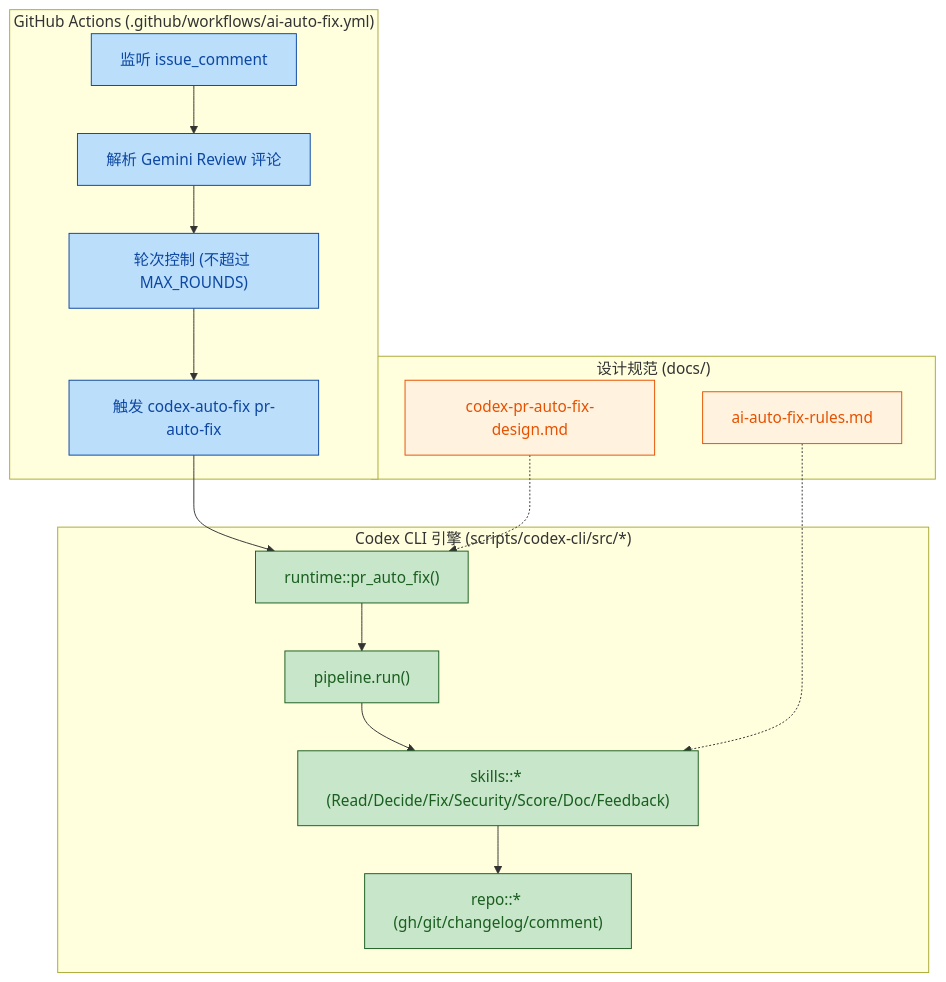
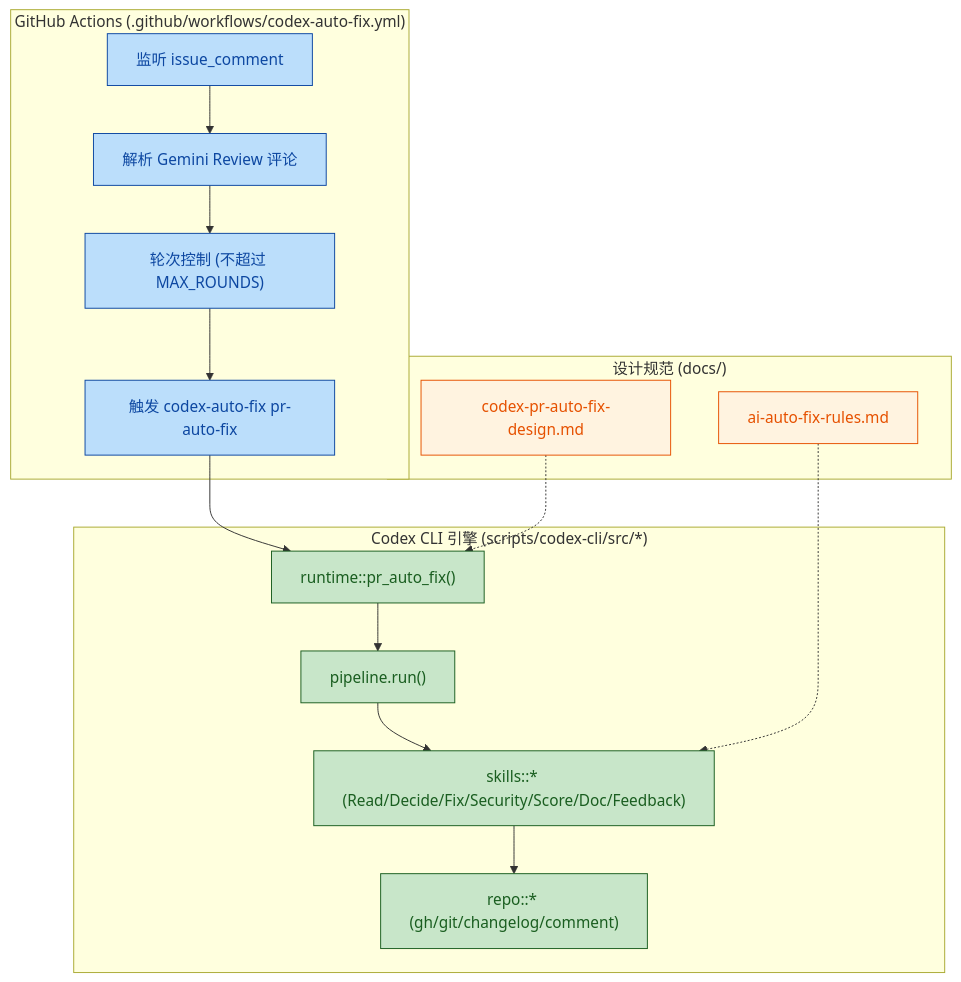
Before and after one commit to peanutDD/NexusVault: the diagram in docs/design-docs/auto-review.md, drawn with Mermaid. The commit also changed other lines of this file and 23 other files, not shown here.

Commit message:
fix: harden codex auto review loop

````diff
--- a/docs/design-docs/auto-review.md
+++ b/docs/design-docs/auto-review.md
@@ -11,24 +11,24 @@
 ```mermaid
 graph TD
     classDef action fill:#bbdefb,stroke:#0d47a1,color:#0d47a1
     classDef script fill:#c8e6c9,stroke:#1a5e20,color:#1a5e20
     classDef doc fill:#fff3e0,stroke:#e65100,color:#e65100
 
-    subgraph Actions ["GitHub Actions (.github/workflows/ai-auto-fix.yml)"]
+    subgraph Actions ["GitHub Actions (.github/workflows/codex-auto-fix.yml)"]
         A["监听 issue_comment"]:::action --> B["解析 Gemini Review 评论"]:::action
         B --> C["轮次控制 (不超过 MAX_ROUNDS)"]:::action
         C --> D["触发 codex-auto-fix pr-auto-fix"]:::action
     end
 
     subgraph CLI ["Codex CLI 引擎 (scripts/codex-cli/src/*)"]
         D --> E["runtime::pr_auto_fix()"]:::script
         E --> F["pipeline.run()"]:::script
         F --> G["skills::* (Read/Decide/Fix/Security/Score/Doc/Feedback)"]:::script
         G --> H["repo::* (gh/git/changelog/comment)"]:::script
     end
 
     subgraph Docs ["设计规范 (docs/)"]
         K["ai-auto-fix-rules.md"]:::doc -.-> G
         L["codex-pr-auto-fix-design.md"]:::doc -.-> E
     end
 ```
````
